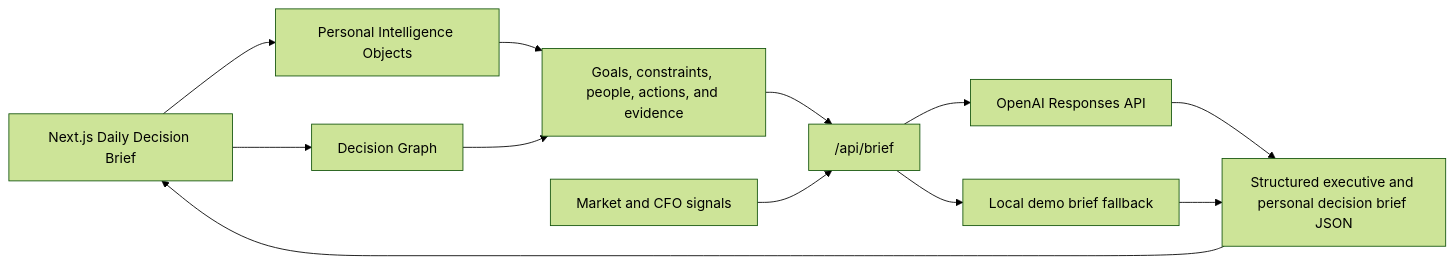
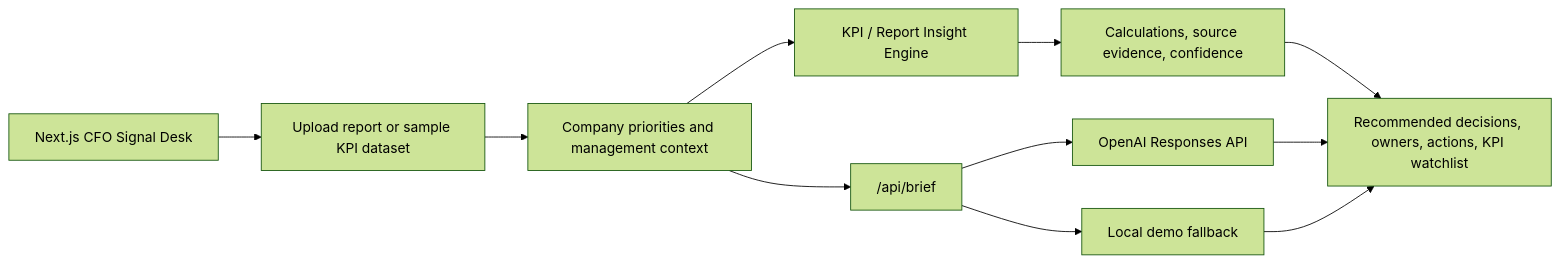
The diagram in README.md (mhmtcnynk-star/cfo-signal-desk), drawn with Mermaid (forest theme) before and after one commit. The commit also changed other lines of this file and 8 other files, not shown here.

````diff
--- a/README.md
+++ b/README.md
@@ -32,14 +31,13 @@
 ```mermaid
 flowchart LR
-  UI["Next.js Daily Decision Brief"] --> Model["Personal Intelligence Objects"]
-  UI --> Graph["Decision Graph"]
-  Model --> Context["Goals, constraints, people, actions, and evidence"]
-  Graph --> Context
+  UI["Next.js CFO Signal Desk"] --> Input["Upload report or sample KPI dataset"]
+  Input --> Context["Company priorities and management context"]
+  Context --> Engine["KPI / Report Insight Engine"]
+  Engine --> Evidence["Calculations, source evidence, confidence"]
+  Evidence --> Decisions["Recommended decisions, owners, actions, KPI watchlist"]
   Context --> Route["/api/brief"]
-  Market["Market and CFO signals"] --> Route
   Route --> OpenAI["OpenAI Responses API"]
-  Route --> Demo["Local demo brief fallback"]
-  OpenAI --> Brief["Structured executive and personal decision brief JSON"]
-  Demo --> Brief
-  Brief --> UI
+  Route --> Demo["Local demo fallback"]
+  OpenAI --> Decisions
+  Demo --> Decisions
 ```
````
